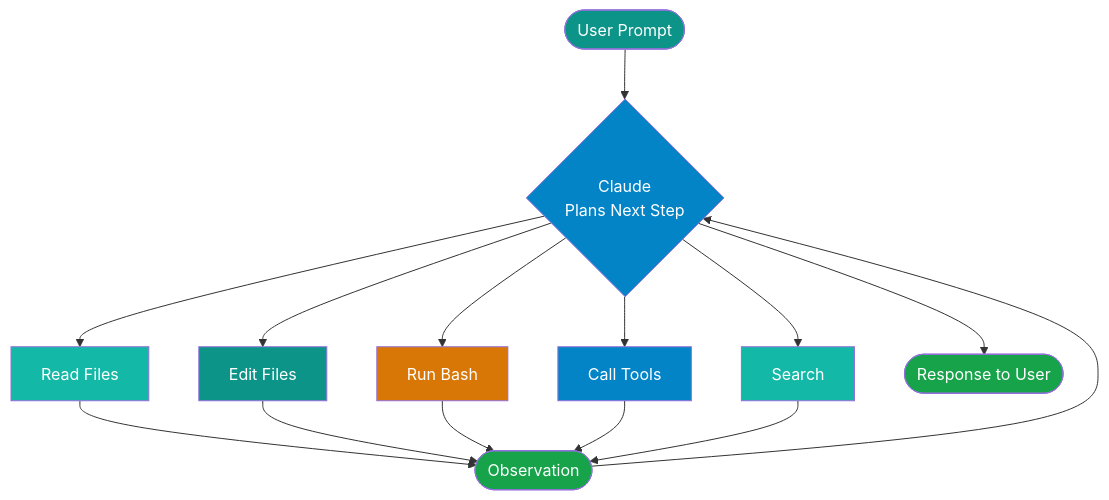
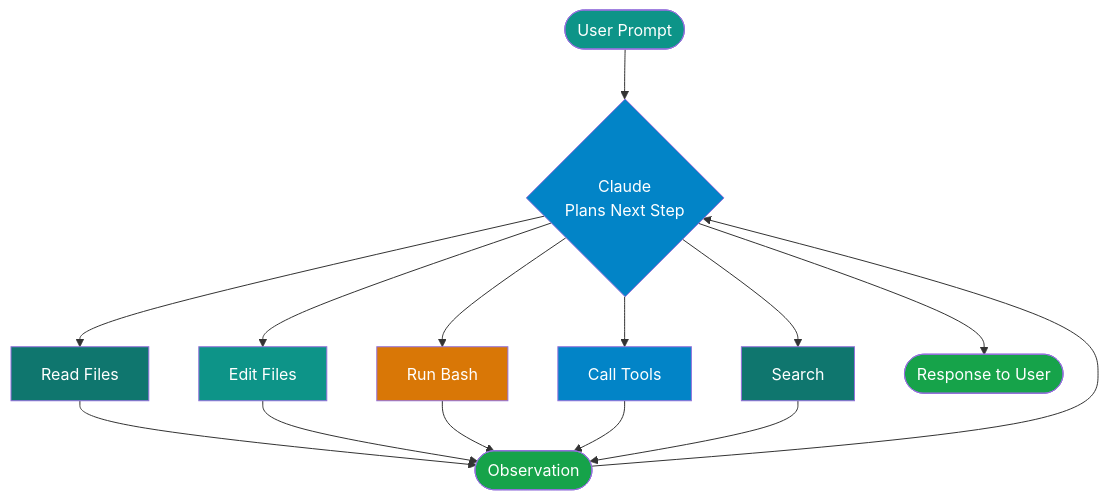
The diagram in docs/ai-dev-tools/claude-code.md (nitin27may/ai-resources), drawn with Mermaid before and after one commit. The commit also changed other lines of this file and 84 other files, not shown here.

````diff
--- a/docs/ai-dev-tools/claude-code.md
+++ b/docs/ai-dev-tools/claude-code.md
@@ -50,18 +55,18 @@
 ```mermaid
 flowchart TD
-    A([User Prompt]):::primary --> B{Claude\nPlans Next Step}:::processing
+    A([User Prompt]):::primary --> B{Claude<br/>Plans Next Step}:::processing
     B --> C[Read Files]:::storage
     B --> D[Edit Files]:::primary
     B --> E[Run Bash]:::warning
     B --> F[Call Tools]:::processing
     B --> G[Search]:::storage
     C & D & E & F & G --> H([Observation]):::success
     H --> B
     B --> I([Response to User]):::success
 
     classDef primary fill:#0d9488,color:#fff
     classDef processing fill:#0284c7,color:#fff
-    classDef storage fill:#14b8a6,color:#fff
+    classDef storage fill:#0f766e,color:#fff
     classDef warning fill:#d97706,color:#fff
     classDef success fill:#16a34a,color:#fff
 ```
````
